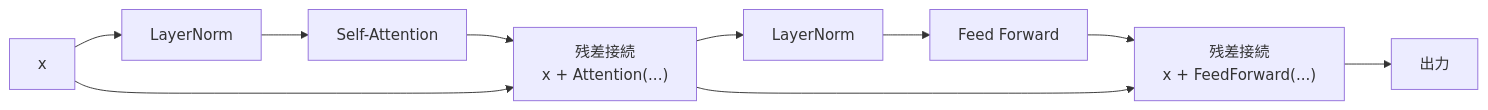
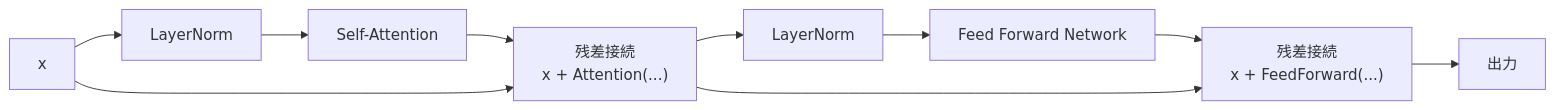
One commit to capybara84/MLLearn2 changed the diagram in Chapter 15 - Verifying the Math Through Implementation.md. Above: the diagram before and after it, drawn with Mermaid. The commit also changed other lines of this file and 2 other files, not shown here.

Commit message:
Normalize terminology in textbook

````diff
--- a/Chapter 15 - Verifying the Math Through Implementation.md
+++ b/Chapter 15 - Verifying the Math Through Implementation.md
@@ -1955,12 +1955,12 @@
 ```mermaid
 flowchart LR
     X["x"] --> LN1["LayerNorm"]
     LN1 --> ATT["Self-Attention"]
     ATT --> ADD1["残差接続<br/>x + Attention(...)"]
     X --> ADD1
     ADD1 --> LN2["LayerNorm"]
-    LN2 --> FFN["Feed Forward"]
+    LN2 --> FFN["Feed Forward Network"]
     FFN --> ADD2["残差接続<br/>x + FeedForward(...)"]
     ADD1 --> ADD2
     ADD2 --> Y["出力"]
 ```
````
